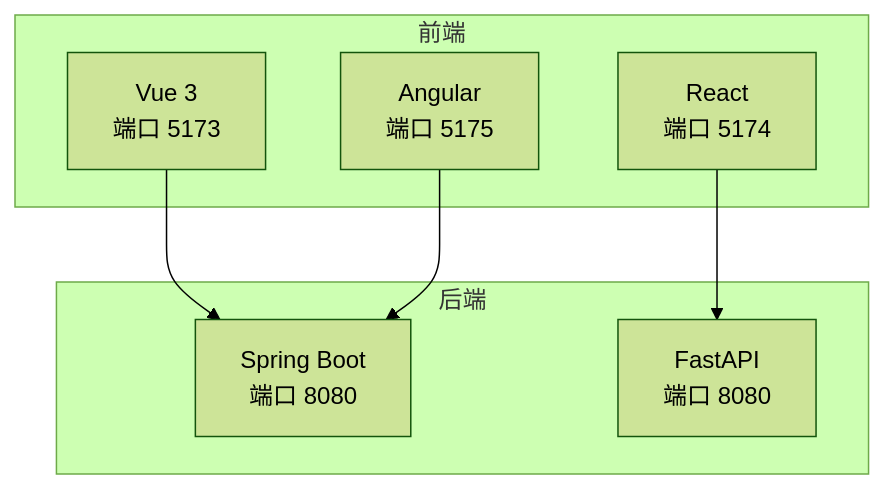
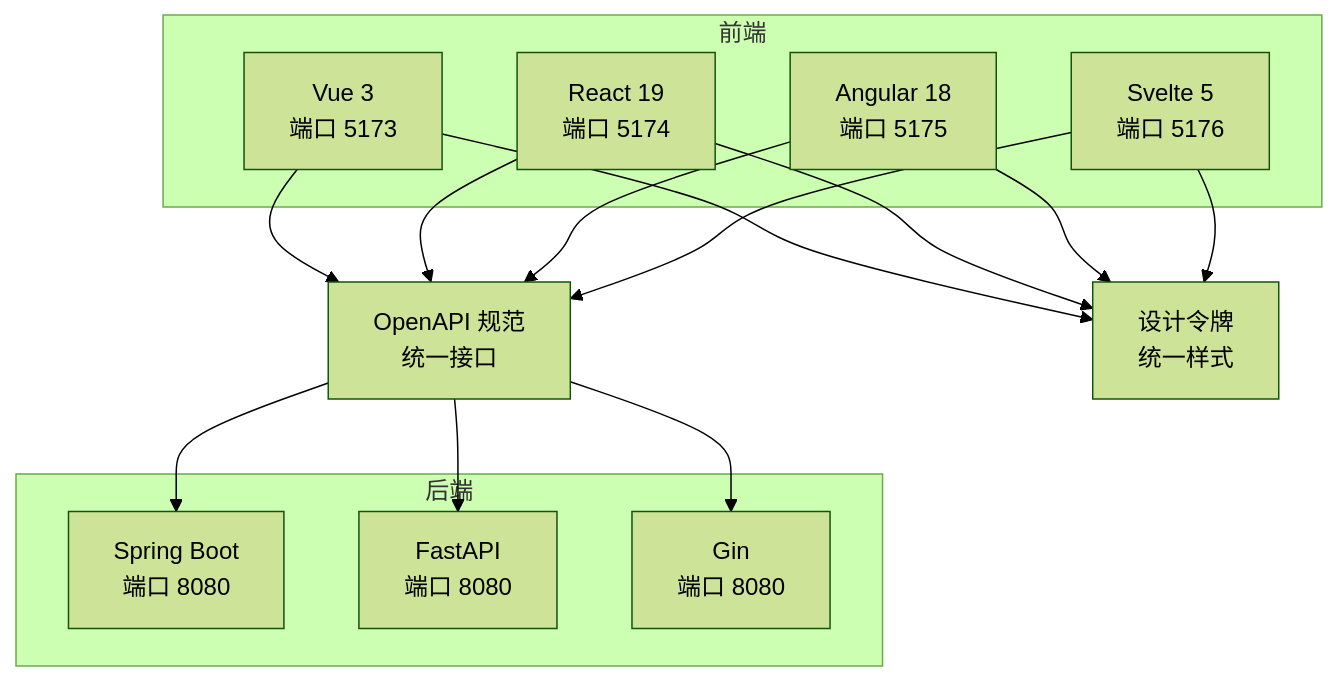
One commit to alexy2008/TimeCapsule changed the first of 3 diagrams in .qoder/repowiki/zh/content/快速开始.md. Above: the diagram before and after it, drawn with Mermaid (forest theme). The commit also changed other lines of this file and 247 other files, not shown here.

````diff
--- a/.qoder/repowiki/zh/content/快速开始.md
+++ b/.qoder/repowiki/zh/content/快速开始.md
@@ -53,15 +45,27 @@
 ```mermaid
 graph TB
+subgraph "前端"
+VUE["Vue 3<br/>端口 5173"]
+REACT["React 19<br/>端口 5174"]
+ANGULAR["Angular 18<br/>端口 5175"]
+SVELTE["Svelte 5<br/>端口 5176"]
+end
 subgraph "后端"
 SB["Spring Boot<br/>端口 8080"]
 FA["FastAPI<br/>端口 8080"]
+GI["Gin<br/>端口 8080"]
 end
-subgraph "前端"
-VUE["Vue 3<br/>端口 5173"]
-REACT["React<br/>端口 5174"]
-ANG["Angular<br/>端口 5175"]
-end
-VUE --> SB
-REACT --> FA
-ANG --> SB
+SPEC["OpenAPI 规范<br/>统一接口"]
+DOCS["设计令牌<br/>统一样式"]
+VUE --> SPEC
+REACT --> SPEC
+ANGULAR --> SPEC
+SVELTE --> SPEC
+VUE --> DOCS
+REACT --> DOCS
+ANGULAR --> DOCS
+SVELTE --> DOCS
+SPEC --> SB
+SPEC --> FA
+SPEC --> GI
 ```
````
